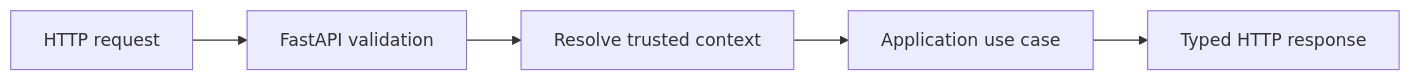
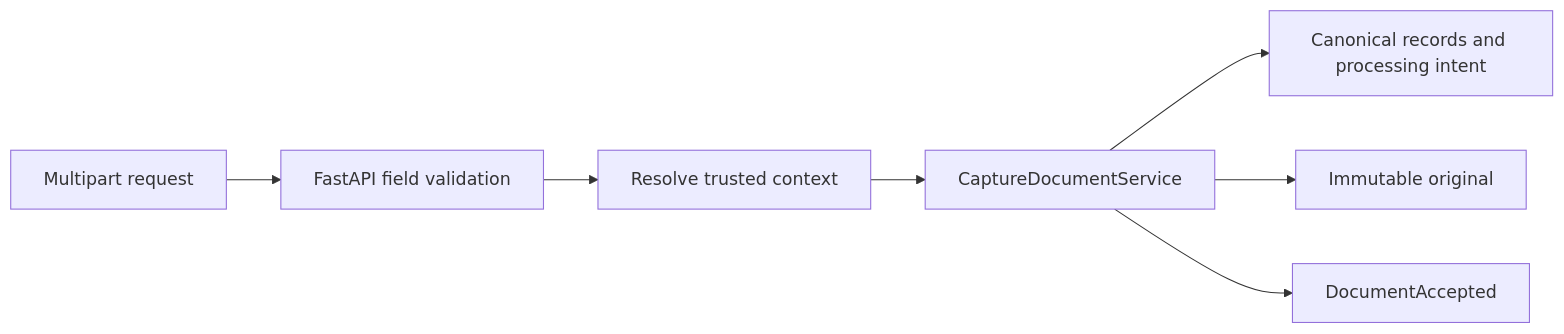
One commit to rnkraus/investment-research changed the diagram in backend/src/investment_research/api/routes/README.md. Above: the diagram before and after it, drawn with Mermaid. The commit also changed other lines of this file and 18 other files, not shown here.

Commit message:
feat(api): add secure document capture endpoint

````diff
--- a/backend/src/investment_research/api/routes/README.md
+++ b/backend/src/investment_research/api/routes/README.md
@@ -13,7 +15,9 @@
 ```mermaid
 flowchart LR
-    REQUEST[HTTP request] --> VALIDATE[FastAPI validation]
+    REQUEST[Multipart request] --> VALIDATE[FastAPI field validation]
     VALIDATE --> CONTEXT[Resolve trusted context]
-    CONTEXT --> USECASE[Application use case]
-    USECASE --> RESPONSE[Typed HTTP response]
+    CONTEXT --> CAPTURE[CaptureDocumentService]
+    CAPTURE --> DATABASE[Canonical records and processing intent]
+    CAPTURE --> STORAGE[Immutable original]
+    CAPTURE --> RESPONSE[DocumentAccepted]
 ```
````
